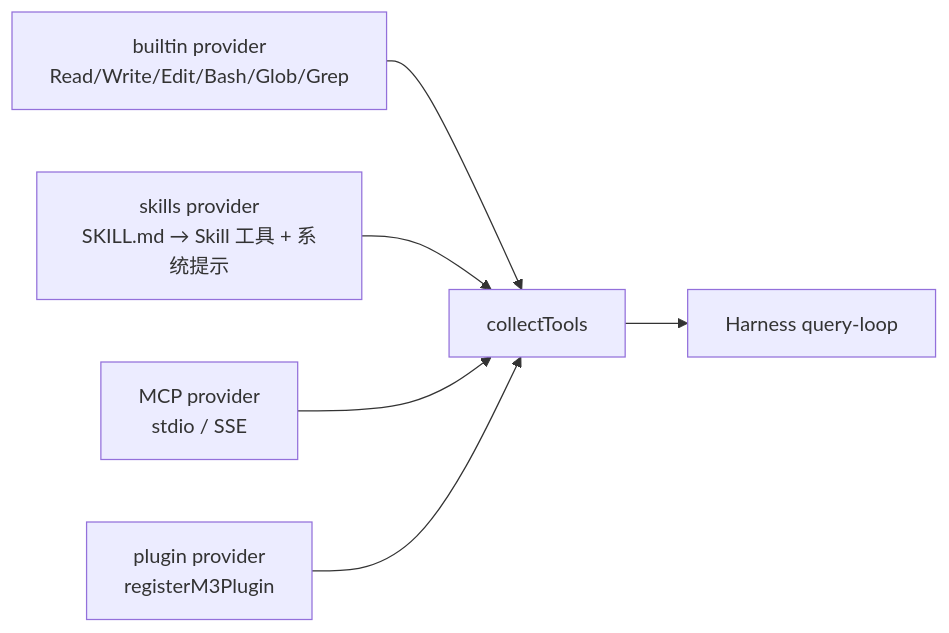
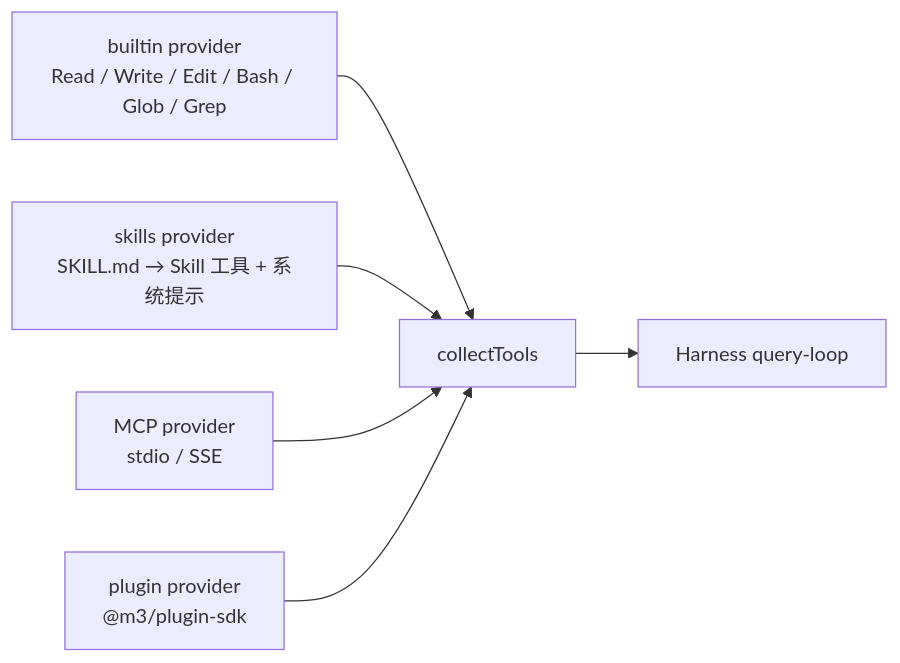
Before and after one commit to zhipengge/m3: the third of 3 diagrams in docs/ARCHITECTURE.md, drawn with Mermaid. The commit also changed other lines of this file and 5 other files, not shown here.

````diff
--- a/docs/ARCHITECTURE.md
+++ b/docs/ARCHITECTURE.md
@@ -100,8 +150,8 @@
 ```mermaid
 flowchart LR
-    B[builtin provider<br/>Read/Write/Edit/Bash/Glob/Grep] --> C[collectTools]
+    B[builtin provider<br/>Read / Write / Edit / Bash / Glob / Grep] --> C[collectTools]
     S[skills provider<br/>SKILL.md → Skill 工具 + 系统提示] --> C
     M[MCP provider<br/>stdio / SSE] --> C
-    P[plugin provider<br/>registerM3Plugin] --> C
+    P[plugin provider<br/>@m3/plugin-sdk] --> C
     C --> H[Harness query-loop]
 ```
````
